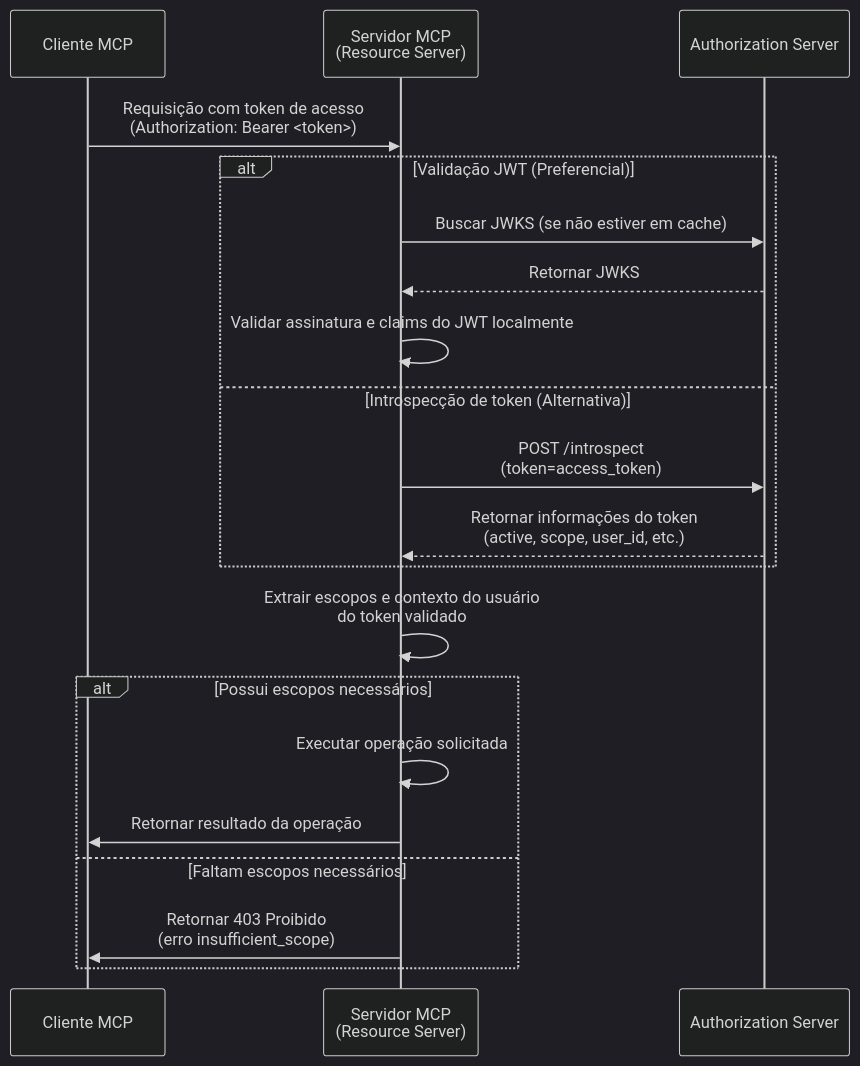
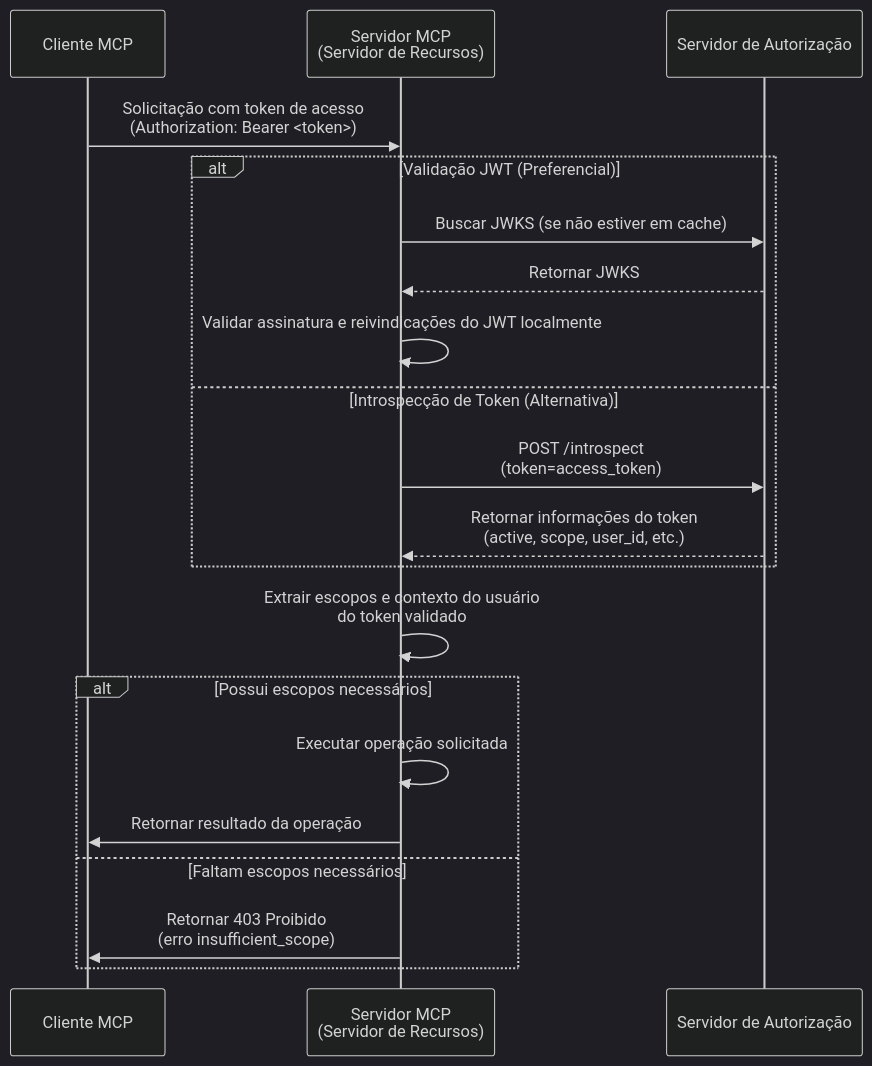
One commit to mcp-auth/docs changed the second of 2 diagrams in i18n/pt-BR/docusaurus-plugin-content-docs/current/tutorials/todo-manager/README.mdx. Above: the diagram before and after it, drawn with Mermaid (dark theme). The commit also changed other lines of this file and 9 other files, not shown here.

````diff
--- a/i18n/pt-BR/docusaurus-plugin-content-docs/current/tutorials/todo-manager/README.mdx
+++ b/i18n/pt-BR/docusaurus-plugin-content-docs/current/tutorials/todo-manager/README.mdx
@@ -137,26 +137,26 @@
 ```mermaid
 sequenceDiagram
     participant Client as Cliente MCP
-    participant Server as Servidor MCP<br/>(Resource Server)
-    participant Auth as Authorization Server
+    participant Server as Servidor MCP<br/>(Servidor de Recursos)
+    participant Auth as Servidor de Autorização
 
-    Client->>Server: Requisição com token de acesso<br/>(Authorization: Bearer <token>)
+    Client->>Server: Solicitação com token de acesso<br/>(Authorization: Bearer <token>)
 
     alt Validação JWT (Preferencial)
         Server->>Auth: Buscar JWKS (se não estiver em cache)
         Auth-->>Server: Retornar JWKS
-        Server->>Server: Validar assinatura e claims do JWT localmente
-    else Introspecção de token (Alternativa)
+        Server->>Server: Validar assinatura e reivindicações do JWT localmente
+    else Introspecção de Token (Alternativa)
         Server->>Auth: POST /introspect<br/>(token=access_token)
         Auth-->>Server: Retornar informações do token<br/>(active, scope, user_id, etc.)
     end
 
     Server->>Server: Extrair escopos e contexto do usuário<br/>do token validado
 
     alt Possui escopos necessários
         Server->>Server: Executar operação solicitada
         Server->>Client: Retornar resultado da operação
     else Faltam escopos necessários
         Server->>Client: Retornar 403 Proibido<br/>(erro insufficient_scope)
     end
 ```
````
